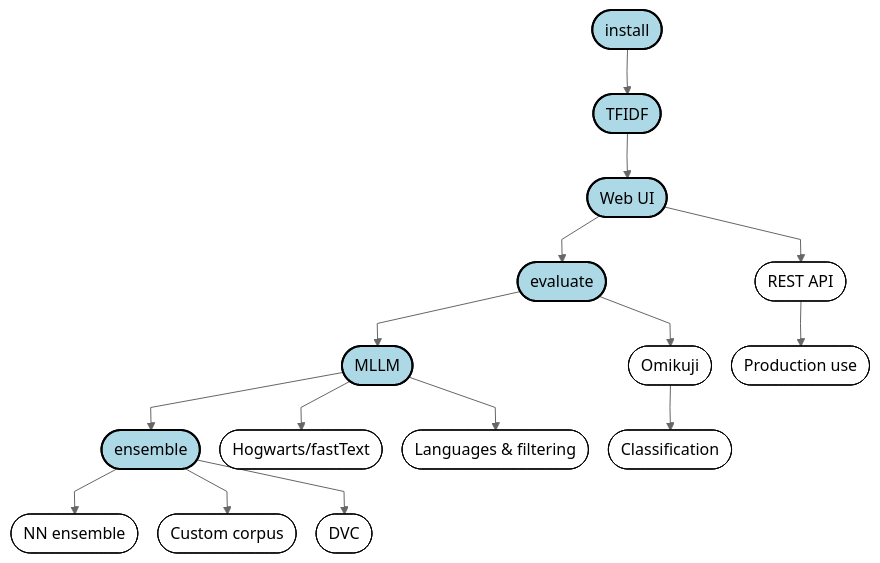
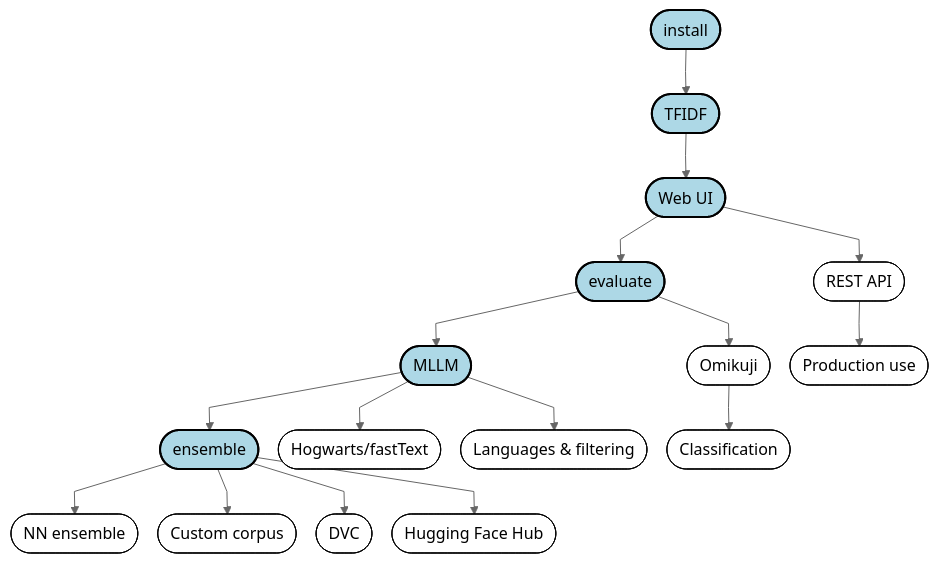
Before and after one commit to NatLibFi/Annif-tutorial: the diagram in exercises/README.md, drawn with Mermaid (neutral theme). The commit also changed other lines of this file, not shown here.

````diff
--- a/exercises/README.md
+++ b/exercises/README.md
@@ -16,45 +16,47 @@
 ```mermaid
 %%{
     init: {
        "flowchart": {
            "nodeSpacing": 20,
            "rankSpacing": 45,
            "useMaxWidth": true,
            "curve": "linear"
         }
     }
 }%%
 flowchart TD
     classDef core fill:#ADD8E6,stroke:#000000,stroke-width:2px;
     classDef optional fill:#ffffff,stroke:#000000,stroke-width:1px;
 
     install([install]) --> tfidf([TFIDF])
     tfidf --> webui([Web UI])
     webui --> eval([evaluate])
     eval --> mllm([MLLM])
     mllm --> ensemble([ensemble])
     ensemble --> nn_ensemble([NN ensemble])
     ensemble --> custom([Custom corpus])
     ensemble --> dvc([DVC])
+    ensemble --> huggingfacehub([Hugging Face Hub])
     mllm --> ft([Hogwarts/fastText])
     mllm --> lang_filter([Languages & filtering])
     webui --> rest([REST API])
     rest --> production([Production use])
     eval --> omikuji([Omikuji])
     omikuji --> classification([Classification])
     class install core
     class tfidf core
     class webui core
     class eval core
     class mllm core
     class lang_filter optional
     class ensemble core
     class dvc optional
     class rest optional
     class production optional
     class omikuji optional
     class classification optional
     class ft optional
     class custom optional
+    class huggingfacehub optional
     class nn_ensemble optional
 ```
````
